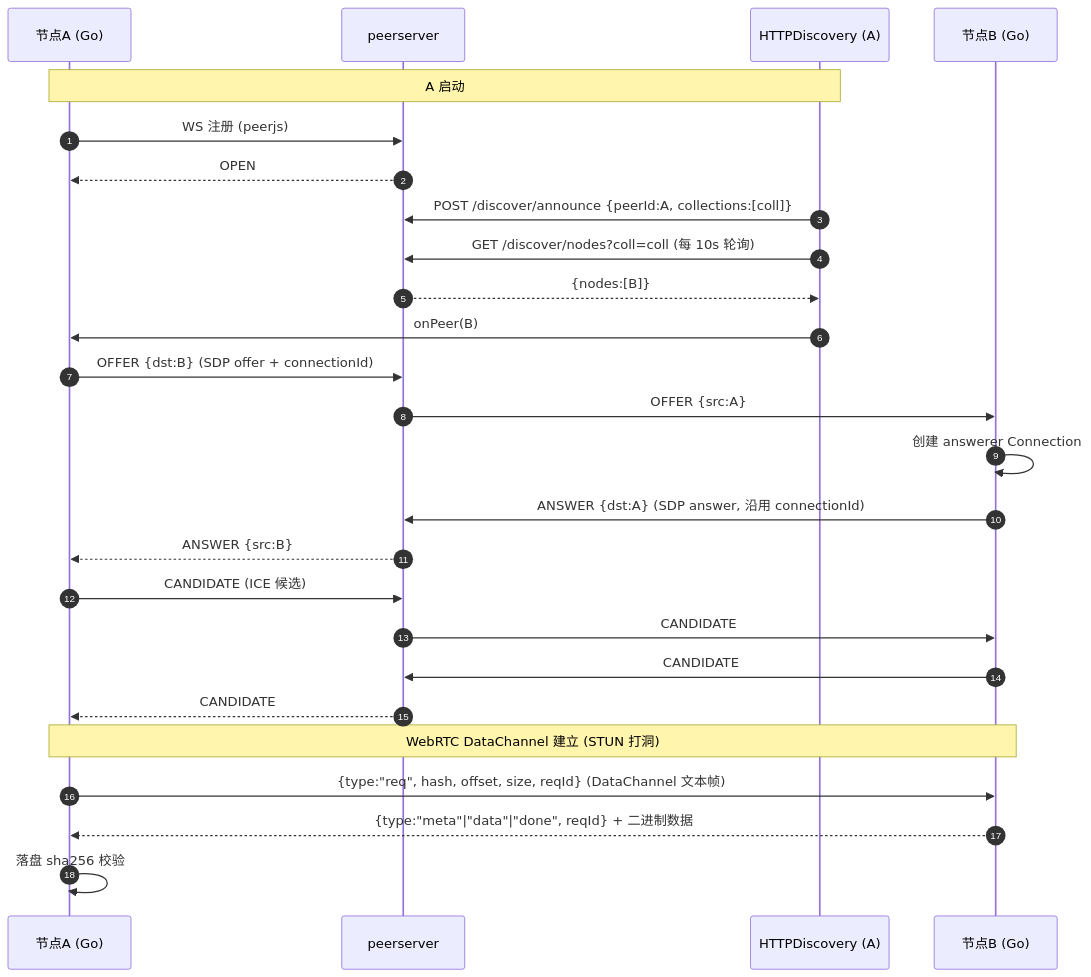
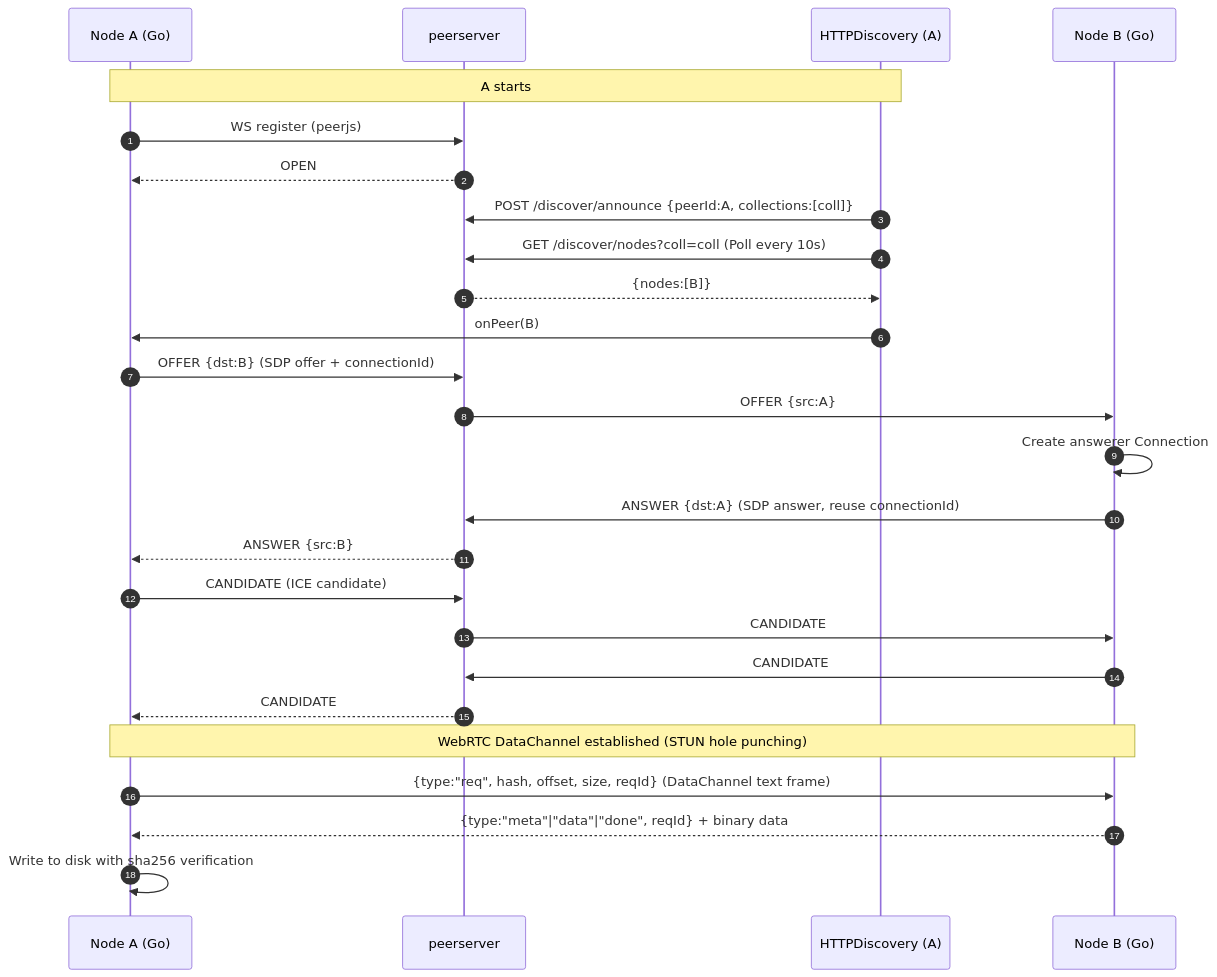
The fourth of 6 diagrams in doc/PEERSIGNAL.md (Hana-ame/peerdrive), drawn with Mermaid before and after one commit. The commit also changed other lines of this file and 357 other files, not shown here.

````diff
--- a/doc/PEERSIGNAL.md
+++ b/doc/PEERSIGNAL.md
@@ -178,29 +178,29 @@
 ```mermaid
 sequenceDiagram
     autonumber
-    participant A as 节点A (Go)
+    participant A as Node A (Go)
     participant S as peerserver
     participant D as HTTPDiscovery (A)
-    participant B as 节点B (Go)
+    participant B as Node B (Go)
 
-    Note over A,D: A 启动
-    A->>S: WS 注册 (peerjs)
+    Note over A,D: A starts
+    A->>S: WS register (peerjs)
     S-->>A: OPEN
     D->>S: POST /discover/announce {peerId:A, collections:[coll]}
-    D->>S: GET /discover/nodes?coll=coll (每 10s 轮询)
+    D->>S: GET /discover/nodes?coll=coll (Poll every 10s)
     S-->>D: {nodes:[B]}
     D->>A: onPeer(B)
     A->>S: OFFER {dst:B} (SDP offer + connectionId)
     S->>B: OFFER {src:A}
-    B->>B: 创建 answerer Connection
-    B->>S: ANSWER {dst:A} (SDP answer, 沿用 connectionId)
+    B->>B: Create answerer Connection
+    B->>S: ANSWER {dst:A} (SDP answer, reuse connectionId)
     S-->>A: ANSWER {src:B}
-    A->>S: CANDIDATE (ICE 候选)
+    A->>S: CANDIDATE (ICE candidate)
     S->>B: CANDIDATE
     B->>S: CANDIDATE
     S-->>A: CANDIDATE
-    Note over A,B: WebRTC DataChannel 建立 (STUN 打洞)
-    A->>B: {type:"req", hash, offset, size, reqId} (DataChannel 文本帧)
-    B-->>A: {type:"meta"|"data"|"done", reqId} + 二进制数据
-    A->>A: 落盘 sha256 校验
+    Note over A,B: WebRTC DataChannel established (STUN hole punching)
+    A->>B: {type:"req", hash, offset, size, reqId} (DataChannel text frame)
+    B-->>A: {type:"meta"|"data"|"done", reqId} + binary data
+    A->>A: Write to disk with sha256 verification
 ```
````
